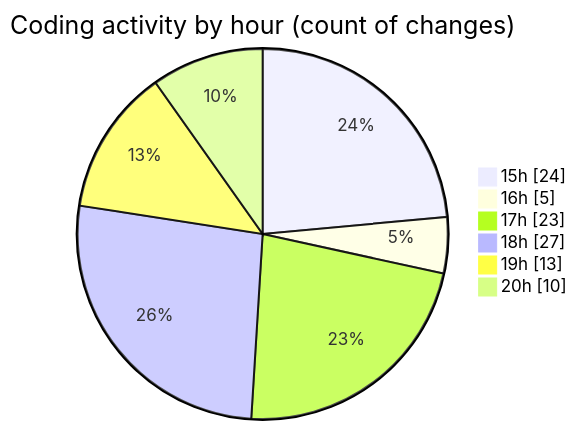
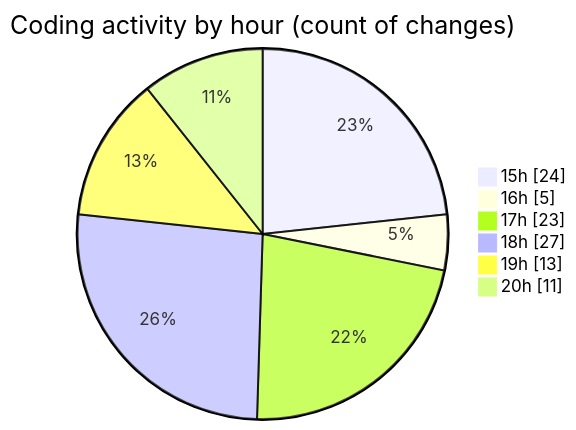
Before and after one commit to EIIisD/code-tracking: the second of 2 diagrams in 2025-08-02/tw-server/README.md, drawn with Mermaid. The commit also changed other lines of this file and 1 other file, not shown here.

````diff
--- a/2025-08-02/tw-server/README.md
+++ b/2025-08-02/tw-server/README.md
@@ -36,10 +36,10 @@
 ```mermaid
 pie showData
 title Coding activity by hour (count of changes)
 "15h" : 24
 "16h" : 5
 "17h" : 23
 "18h" : 27
 "19h" : 13
-"20h" : 10
+"20h" : 11
 ```
````
